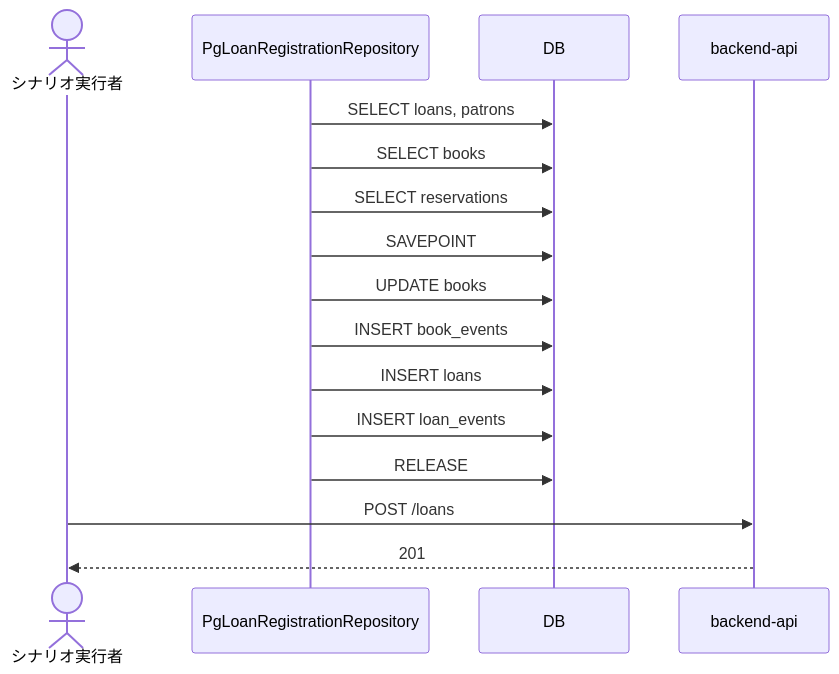
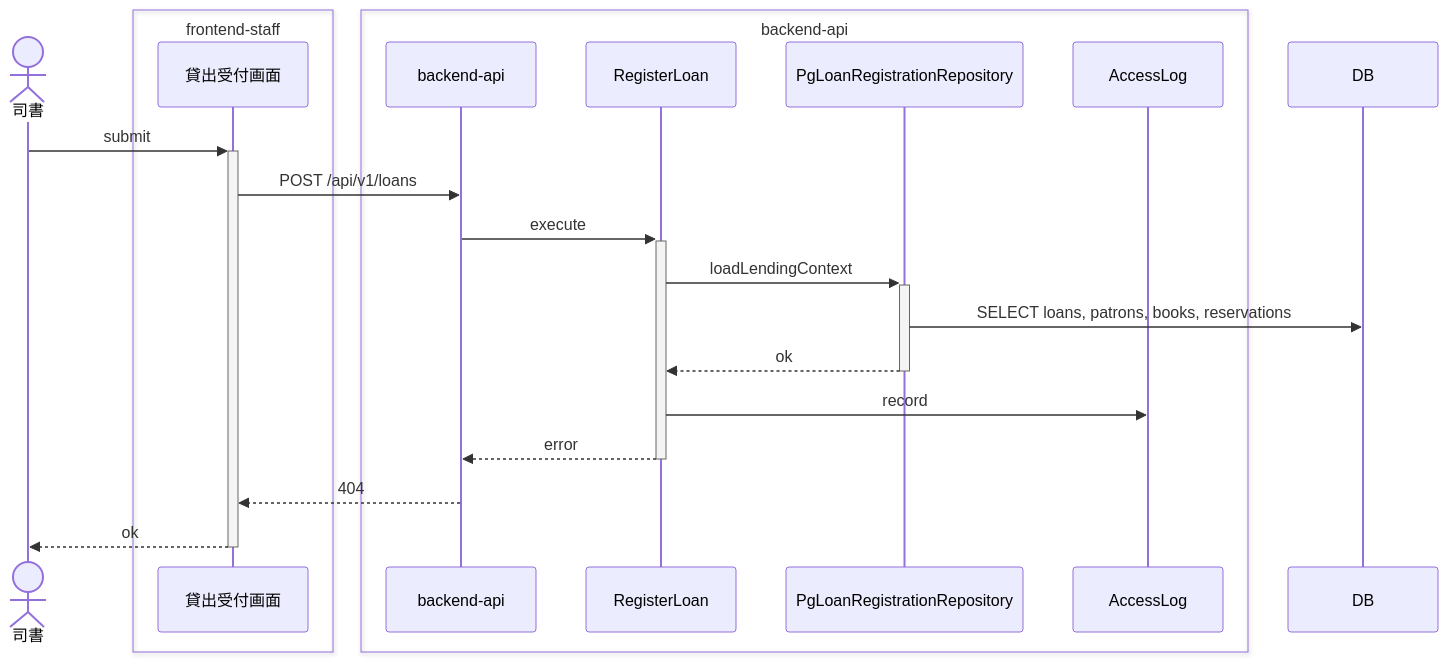
The second of 9 diagrams in samples/distillery2/library-loan/docs/as-built/貸出業務/貸出を登録する/sequence.md (suwa-sh/suwa-sh-claude-plugins), drawn with Mermaid before and after one commit. The commit also changed other lines of this file and 64 other files, not shown here.

First line of the commit message:
feat(distillery2): as-built を読者の順に組み替え、e2e シーケンス図とデータフロー図を追加 (0.1.5)

````diff
--- a/samples/distillery2/library-loan/docs/as-built/貸出業務/貸出を登録する/sequence.md
+++ b/samples/distillery2/library-loan/docs/as-built/貸出業務/貸出を登録する/sequence.md
@@ -22,18 +31,24 @@
 ```mermaid
 sequenceDiagram
-    actor p0________ as シナリオ実行者
-    participant p1_PgLoanRegistrationRepository as PgLoanRegistrationRepository
-    participant p2_DB as DB
-    participant p3_backend_api as backend-api
-    p1_PgLoanRegistrationRepository->>p2_DB: SELECT loans, patrons
-    p1_PgLoanRegistrationRepository->>p2_DB: SELECT books
-    p1_PgLoanRegistrationRepository->>p2_DB: SELECT reservations
-    p1_PgLoanRegistrationRepository->>p2_DB: SAVEPOINT
-    p1_PgLoanRegistrationRepository->>p2_DB: UPDATE books
-    p1_PgLoanRegistrationRepository->>p2_DB: INSERT book_events
-    p1_PgLoanRegistrationRepository->>p2_DB: INSERT loans
-    p1_PgLoanRegistrationRepository->>p2_DB: INSERT loan_events
-    p1_PgLoanRegistrationRepository->>p2_DB: RELEASE
-    p0________->>p3_backend_api: POST /loans
-    p3_backend_api-->>p0________: 201
+    actor p0 as 司書
+    box transparent frontend-staff
+        participant p1 as 貸出受付画面
+    end
+    box transparent backend-api
+        participant p2 as backend-api
+        participant p3 as RegisterLoan
+        participant p4 as PgLoanRegistrationRepository
+        participant p6 as AccessLog
+    end
+    participant p5 as DB
+    p0->>+p1: submit
+    p1->>p2: POST /api/v1/loans
+    p2->>+p3: execute
+    p3->>+p4: loadLendingContext
+    p4->>p5: SELECT loans, patrons, books, reservations
+    p4-->>-p3: ok
+    p3->>p6: record
+    p3-->>-p2: error
+    p2-->>p1: 404
+    p1-->>-p0: ok
 ```
````
